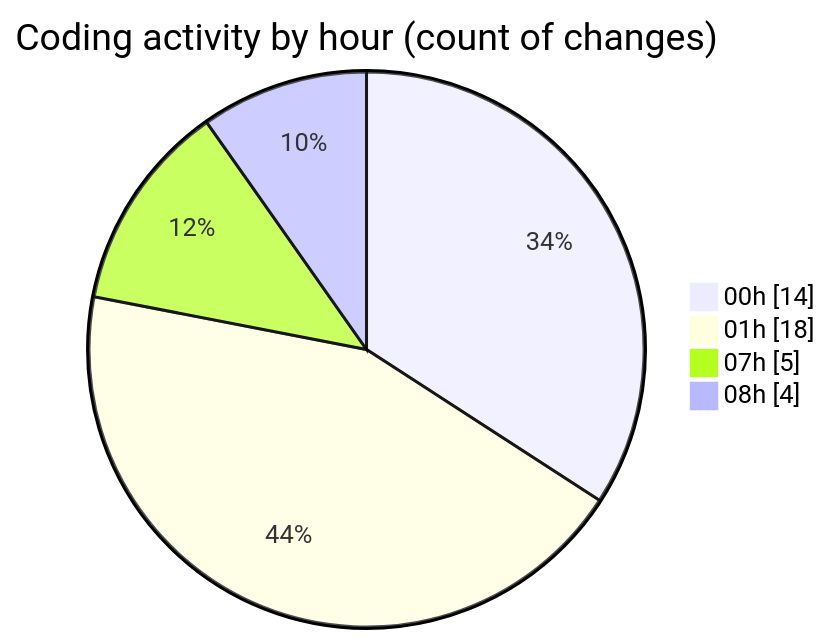
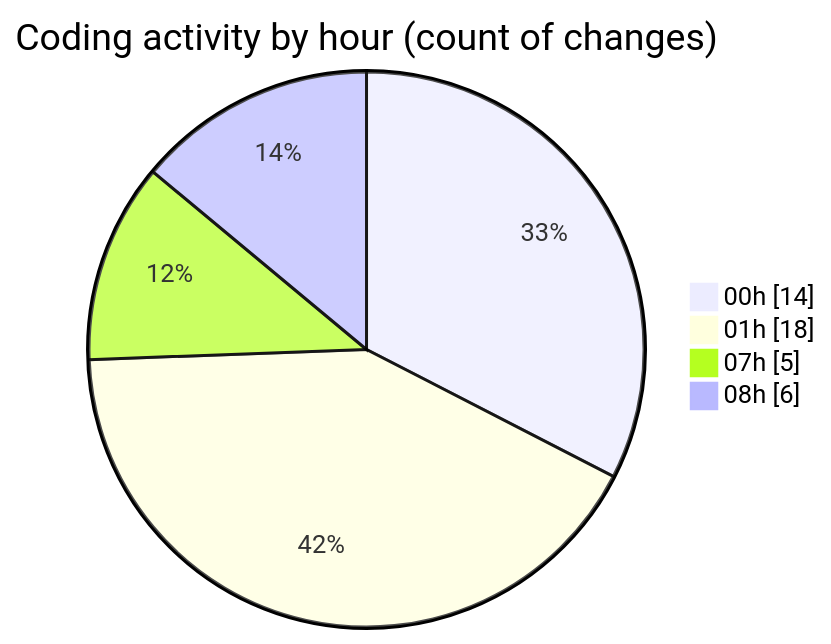
The second of 2 diagrams in 2025-06-23/studio-backend/README.md (idhammustaqopulfikri/code-tracking), drawn with Mermaid before and after one commit. The commit also changed other lines of this file and 1 other file, not shown here.

````diff
--- a/2025-06-23/studio-backend/README.md
+++ b/2025-06-23/studio-backend/README.md
@@ -32,8 +32,8 @@
 ```mermaid
 pie showData
 title Coding activity by hour (count of changes)
 "00h" : 14
 "01h" : 18
 "07h" : 5
-"08h" : 4
+"08h" : 6
 ```
````
